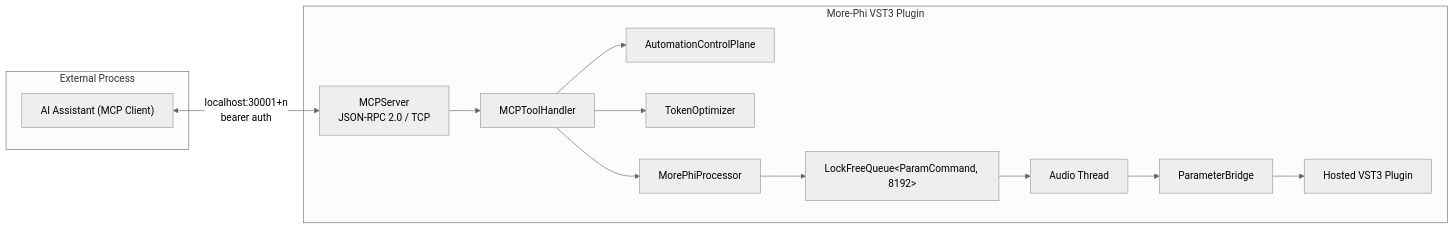
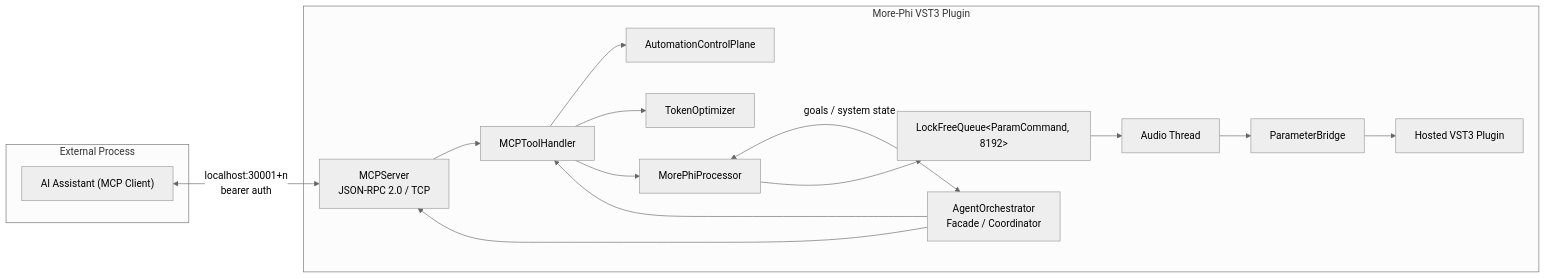
One commit to AAARRR55/More_Phi-vst3-plugin changed the first of 2 diagrams in docs/AI_MCP_VST3_INTEGRATION_SPEC.md. Above: the diagram before and after it, drawn with Mermaid (neutral theme). The commit also changed other lines of this file and 17 other files, not shown here.

First line of the commit message:
docs: update all VST3 docs for v3.3.0 — AgentOrchestrator, EcosystemConfig, SecurityValidator, McpProtocol

````diff
--- a/docs/AI_MCP_VST3_INTEGRATION_SPEC.md
+++ b/docs/AI_MCP_VST3_INTEGRATION_SPEC.md
@@ -24,28 +24,32 @@
 ```mermaid
 flowchart LR
     subgraph External["External Process"]
         AI["AI Assistant (MCP Client)"]
     end
 
     subgraph MorePhi["More-Phi VST3 Plugin"]
+        AO["AgentOrchestrator<br/>Facade / Coordinator"]
         MCP["MCPServer<br/>JSON-RPC 2.0 / TCP"]
         TH["MCPToolHandler"]
         CP["AutomationControlPlane"]
         TO["TokenOptimizer"]
         PPC["MorePhiProcessor"]
         LF["LockFreeQueue&lt;ParamCommand, 8192&gt;"]
         AT["Audio Thread"]
         PB["ParameterBridge"]
         HP["Hosted VST3 Plugin"]
     end
 
     AI <-->|"localhost:30001+n<br/>bearer auth"| MCP
     MCP --> TH
     TH --> CP
     TH --> TO
     TH --> PPC
+    PPC <-->|"goals / system state"| AO
+    AO --> MCP
+    AO --> TH
     PPC --> LF
     LF --> AT
     AT --> PB
     PB --> HP
 ```
````
